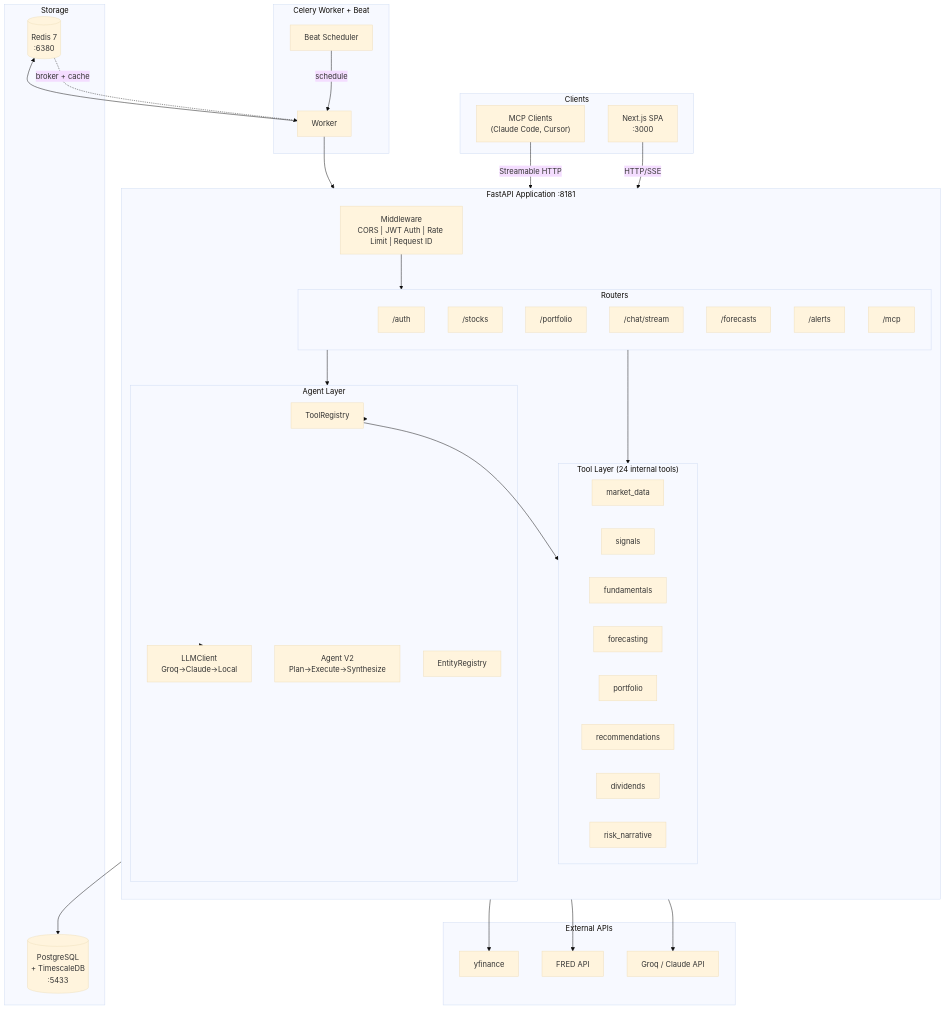
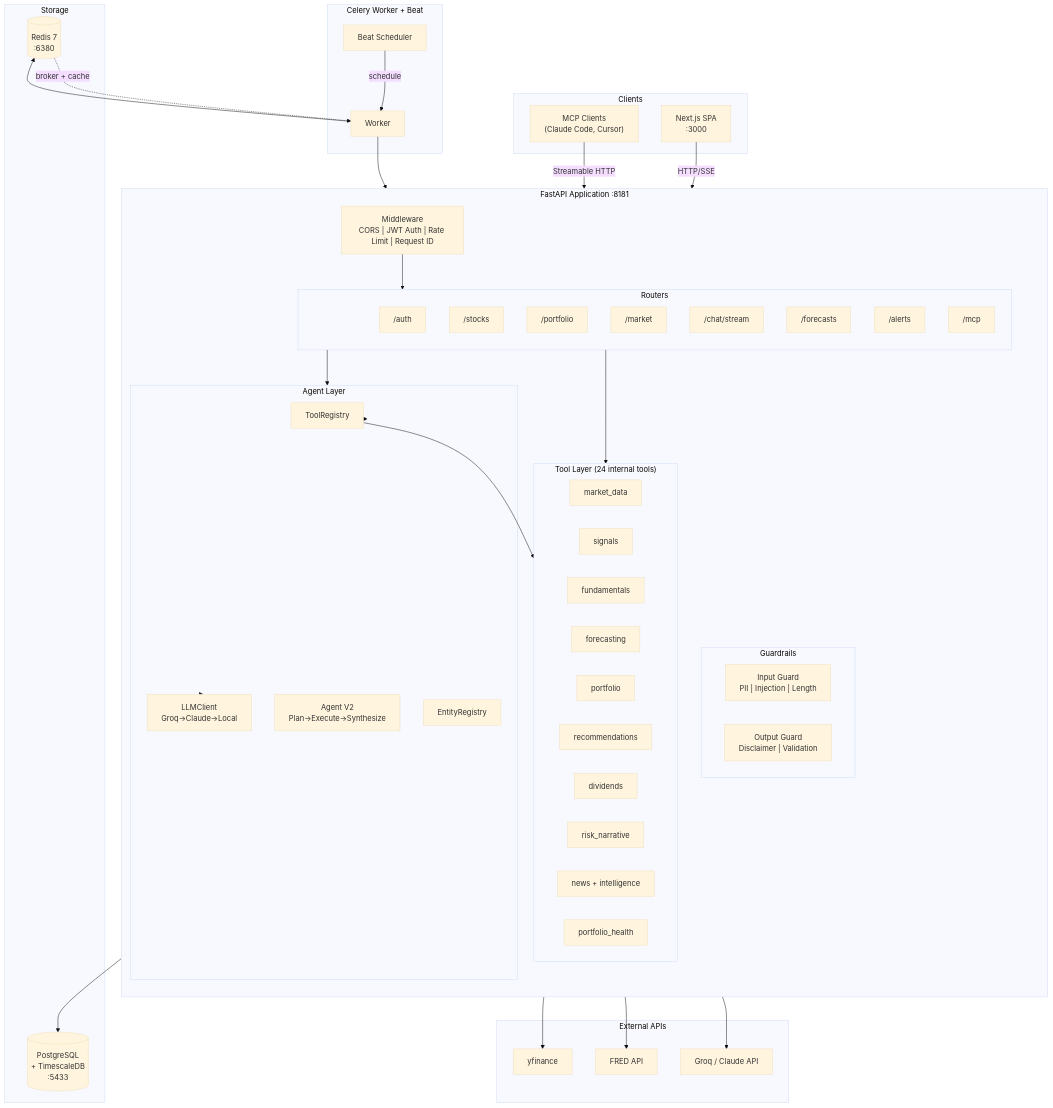
One commit to vipulbhatia29/stock-signal-platform changed the first of 7 diagrams in docs/TDD.md. Above: the diagram before and after it, drawn with Mermaid (base theme). The commit also changed other lines of this file, not shown here.

Commit message:
docs: update TDD Mermaid diagrams — market router, new tools, guardrails, Stock columns

````diff
--- a/docs/TDD.md
+++ b/docs/TDD.md
@@ -25,71 +25,79 @@
 ```mermaid
 graph TB
     subgraph Clients
         NextJS["Next.js SPA<br/>:3000"]
         MCP_Client["MCP Clients<br/>(Claude Code, Cursor)"]
     end
 
     subgraph FastAPI["FastAPI Application :8181"]
         direction TB
         MW["Middleware<br/>CORS | JWT Auth | Rate Limit | Request ID"]
 
         subgraph Routers
             R_Auth["/auth"]
             R_Stocks["/stocks"]
             R_Portfolio["/portfolio"]
+            R_Market["/market"]
             R_Chat["/chat/stream"]
             R_Forecast["/forecasts"]
             R_Alerts["/alerts"]
             R_MCP["/mcp"]
         end
 
         subgraph Tools["Tool Layer (24 internal tools)"]
             T_Market["market_data"]
             T_Signals["signals"]
             T_Fund["fundamentals"]
             T_Forecast["forecasting"]
             T_Portfolio["portfolio"]
             T_Recs["recommendations"]
             T_Divs["dividends"]
             T_Risk["risk_narrative"]
+            T_Intel["news + intelligence"]
+            T_Health["portfolio_health"]
+        end
+
+        subgraph Guards["Guardrails"]
+            G_Input["Input Guard<br/>PII | Injection | Length"]
+            G_Output["Output Guard<br/>Disclaimer | Validation"]
         end
 
         subgraph Agents["Agent Layer"]
             TR["ToolRegistry"]
             AG_V2["Agent V2<br/>Plan→Execute→Synthesize"]
             ER["EntityRegistry"]
             LLM["LLMClient<br/>Groq→Claude→Local"]
         end
     end
 
     subgraph Storage
         PG[("PostgreSQL<br/>+ TimescaleDB<br/>:5433")]
         Redis[("Redis 7<br/>:6380")]
     end
 
     subgraph Background["Celery Worker + Beat"]
         CW["Worker"]
         CB["Beat Scheduler"]
     end
 
     subgraph External["External APIs"]
         YF["yfinance"]
         FRED["FRED API"]
         Groq["Groq / Claude API"]
     end
 
     NextJS -->|HTTP/SSE| MW
     MCP_Client -->|Streamable HTTP| R_MCP
     MW --> Routers
     Routers --> Tools
     Routers --> Agents
     Agents --> TR --> Tools
     Agents --> LLM --> Groq
     Tools --> PG
     Tools --> YF
     Tools --> FRED
     CB -->|schedule| CW
     CW --> Tools
     CW --> Redis
     Redis -.->|broker + cache| CW
 ```
````
